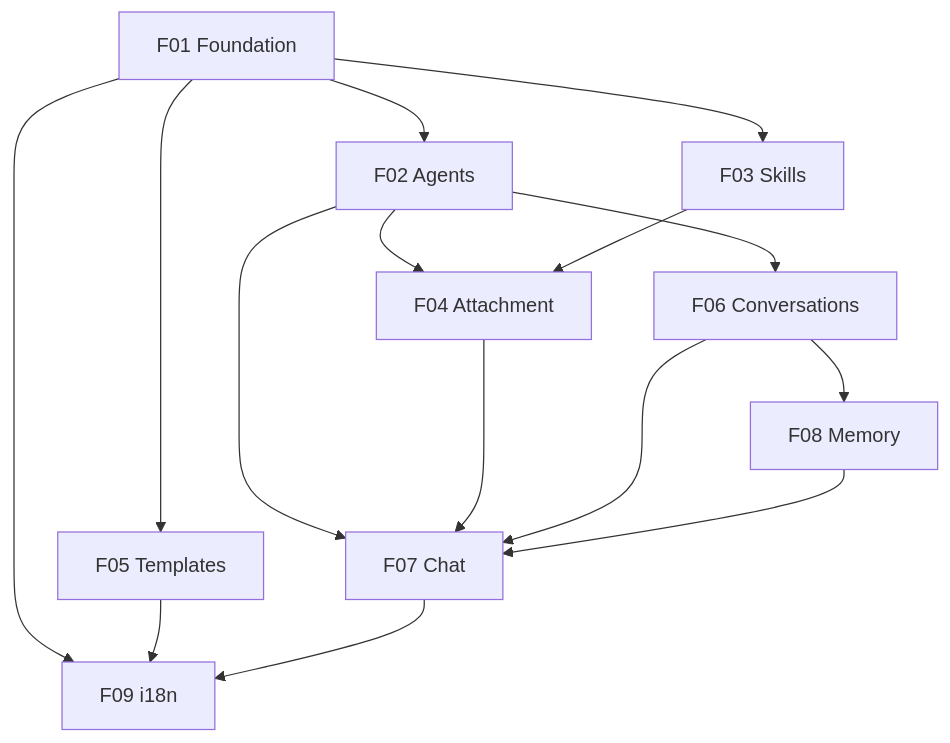
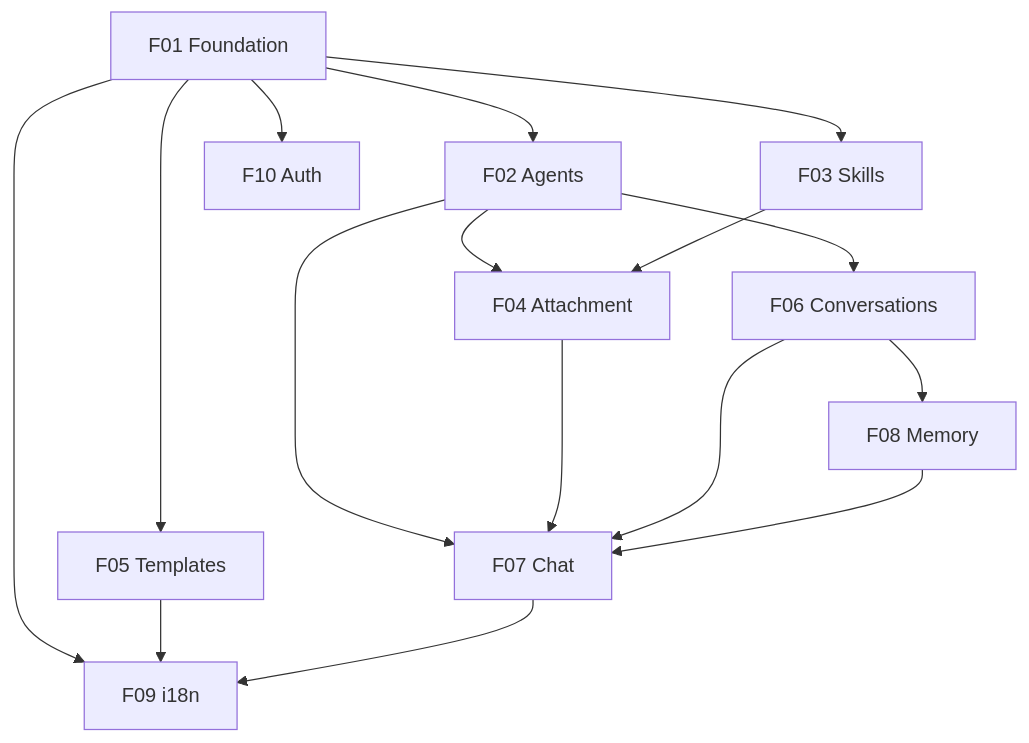
Before and after one commit to jvalsesia/agent-maker: the diagram in docs/PRD.md, drawn with Mermaid. The commit also changed other lines of this file and 3 other files, not shown here.

````diff
--- a/docs/PRD.md
+++ b/docs/PRD.md
@@ -456,17 +501,18 @@
 ```mermaid
 graph TD
   F01[F01 Foundation] --> F02[F02 Agents]
   F01 --> F03[F03 Skills]
   F01 --> F05[F05 Templates]
   F02 --> F04[F04 Attachment]
   F03 --> F04
   F02 --> F06[F06 Conversations]
   F06 --> F08[F08 Memory]
   F02 --> F07[F07 Chat]
   F04 --> F07
   F06 --> F07
   F08 --> F07
   F01 --> F09[F09 i18n]
   F05 --> F09
   F07 --> F09
+  F01 --> F10[F10 Auth]
 ```
````
